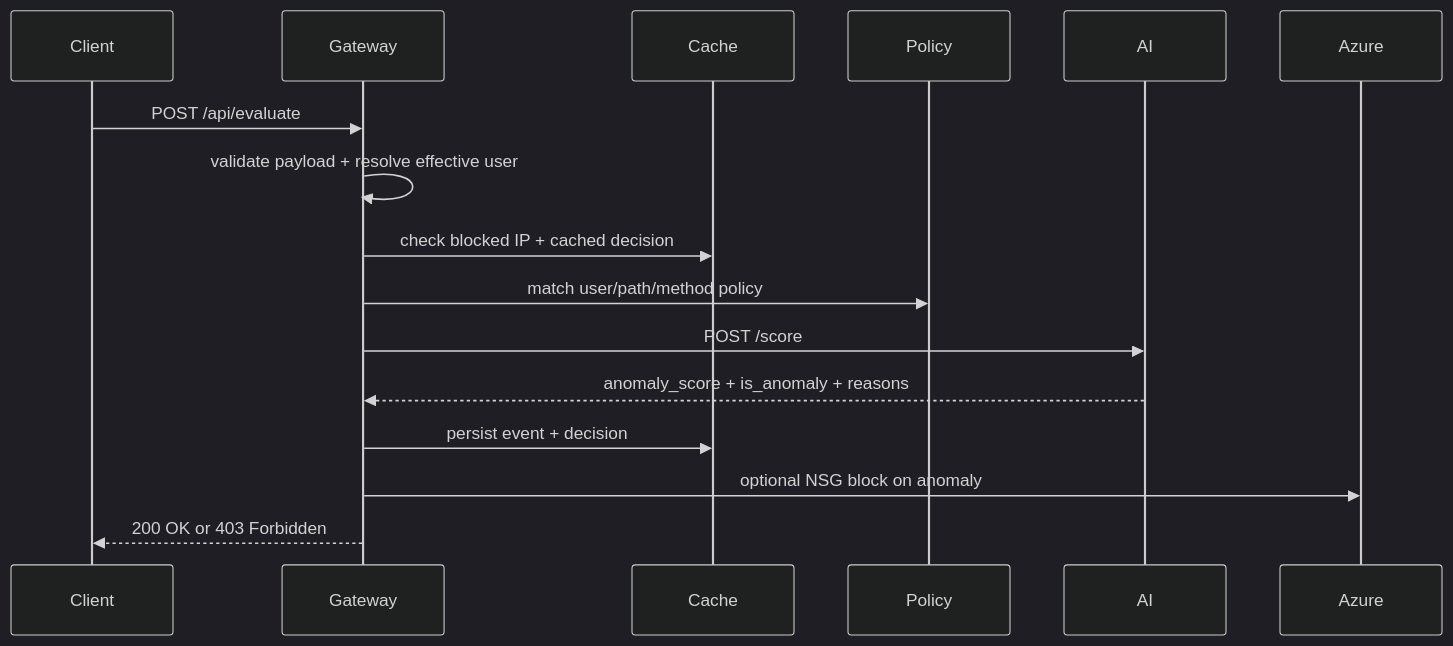
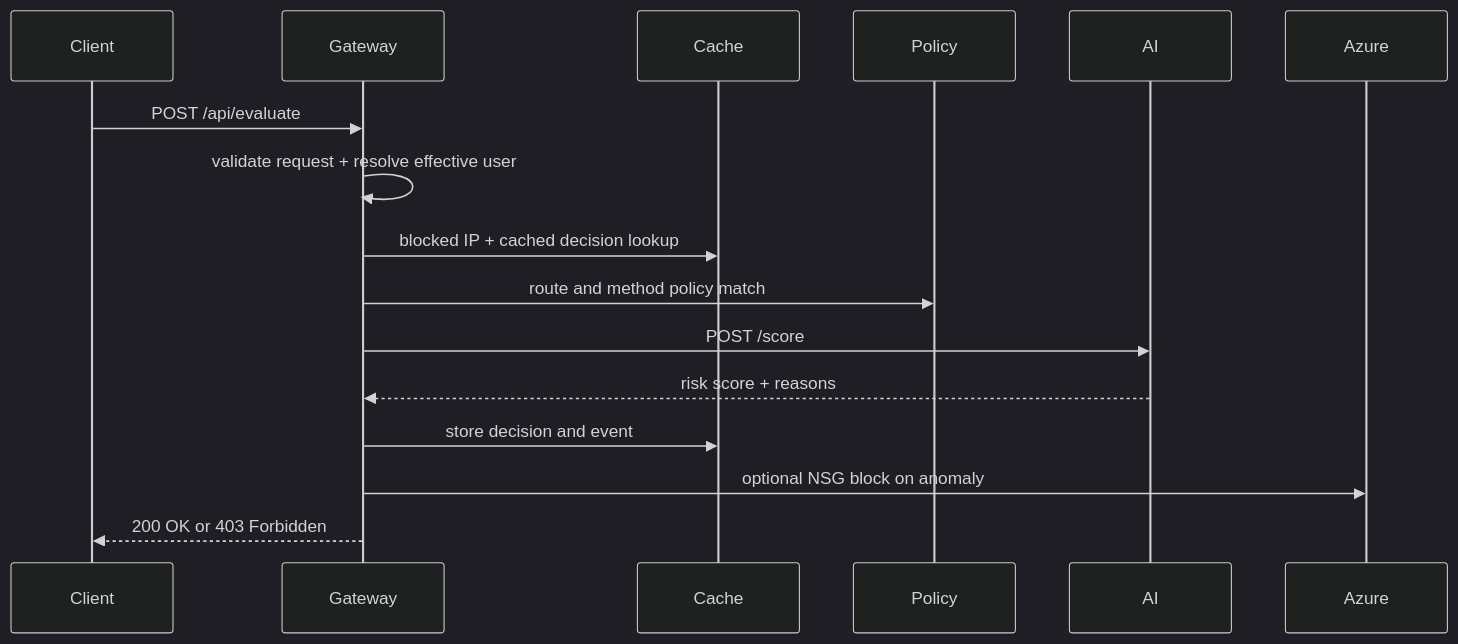
Before and after one commit to captainprice27/ZTA: the second of 2 diagrams in README.md, drawn with Mermaid (dark theme). The commit also changed other lines of this file and 6 other files, not shown here.

````diff
--- a/README.md
+++ b/README.md
@@ -49,19 +43,19 @@
 ```mermaid
 sequenceDiagram
     participant Client
     participant Gateway
     participant Cache
     participant Policy
     participant AI
     participant Azure
 
     Client->>Gateway: POST /api/evaluate
-    Gateway->>Gateway: validate payload + resolve effective user
-    Gateway->>Cache: check blocked IP + cached decision
-    Gateway->>Policy: match user/path/method policy
+    Gateway->>Gateway: validate request + resolve effective user
+    Gateway->>Cache: blocked IP + cached decision lookup
+    Gateway->>Policy: route and method policy match
     Gateway->>AI: POST /score
-    AI-->>Gateway: anomaly_score + is_anomaly + reasons
-    Gateway->>Cache: persist event + decision
+    AI-->>Gateway: risk score + reasons
+    Gateway->>Cache: store decision and event
     Gateway->>Azure: optional NSG block on anomaly
     Gateway-->>Client: 200 OK or 403 Forbidden
 ```
````
